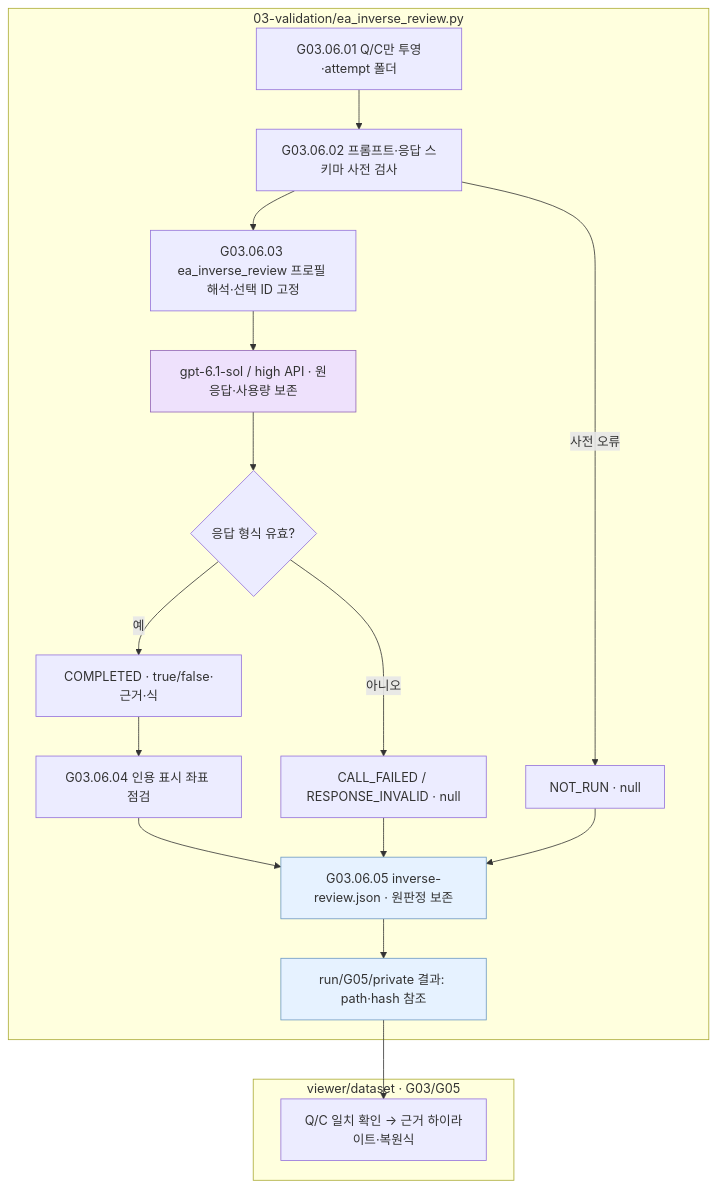
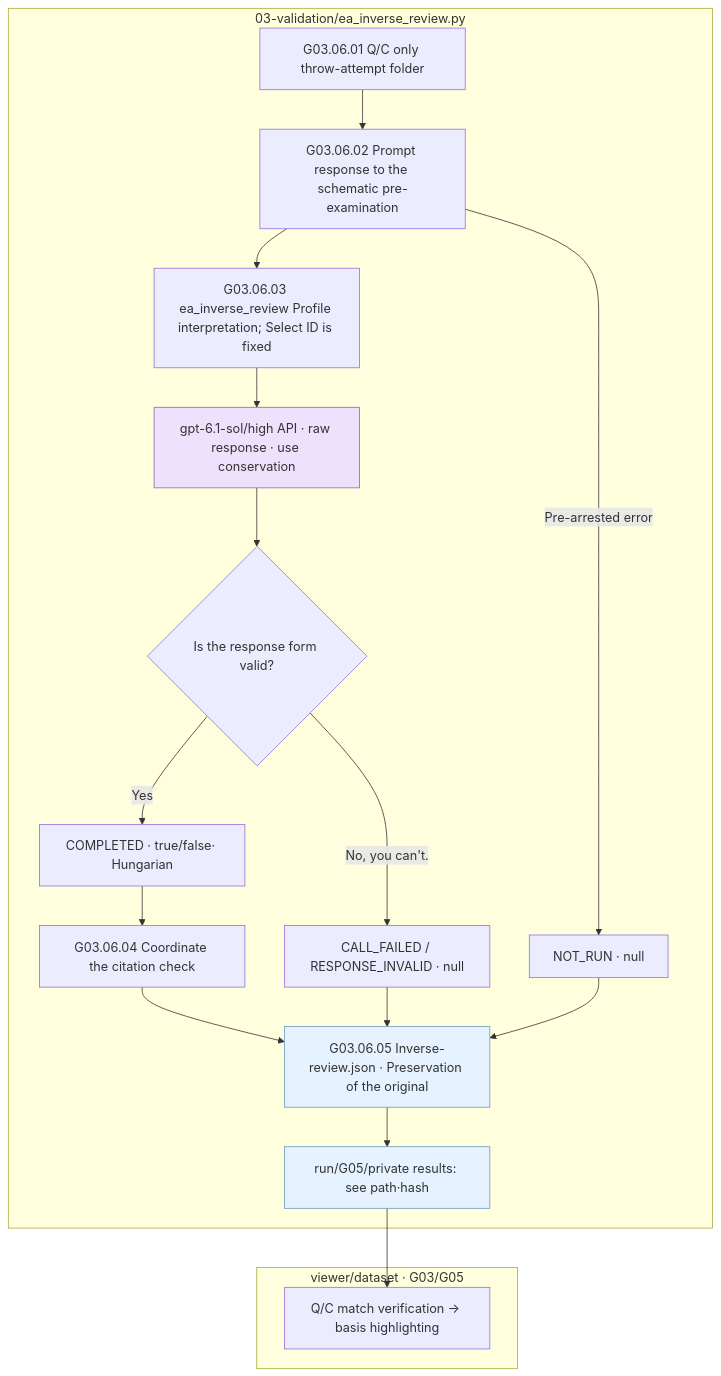
Before and after one commit to pnu-clink/finject: the second of 5 diagrams in src/finarch/documentation/templates/stages/01-dataset/02-generation/03-validation/README.md, drawn with Mermaid. The commit also changed other lines of this file and 644 other files, not shown here.

````diff
--- a/src/finarch/documentation/templates/stages/01-dataset/02-generation/03-validation/README.md
+++ b/src/finarch/documentation/templates/stages/01-dataset/02-generation/03-validation/README.md
@@ -54,21 +54,21 @@
 ```mermaid
 flowchart TD
  subgraph E["03-validation/ea_inverse_review.py"]
-  A["G03.06.01 Q/C만 투영·attempt 폴더"] --> B["G03.06.02 프롬프트·응답 스키마 사전 검사"]
-  B --> P["G03.06.03 ea_inverse_review 프로필 해석·선택 ID 고정"]
-  P --> C["gpt-6.1-sol / high API · 원응답·사용량 보존"]
-  C --> D{"응답 형식 유효?"}
-  D -->|예| F["COMPLETED · true/false·근거·식"] --> H["G03.06.04 인용 표시 좌표 점검"]
-  D -->|아니오| N["CALL_FAILED / RESPONSE_INVALID · null"]
-  B -->|사전 오류| M["NOT_RUN · null"]
-  H & N & M --> S["G03.06.05 inverse-review.json · 원판정 보존"]
-  S --> R["run/G05/private 결과: path·hash 참조"]
+  A["G03.06.01 Q/C only throw-attempt folder"] --> B["G03.06.02 Prompt response to the schematic pre-examination"]
+  B --> P["G03.06.03 ea_inverse_review Profile interpretation; Select ID is fixed"]
+  P --> C["gpt-6.1-sol/high API · raw response · use conservation"]
+  C --> D{"Is the response form valid?"}
+  D -->|Yes| F["COMPLETED · true/false· Hungarian"] --> H["G03.06.04 Coordinate the citation check"]
+  D -->|No, you can't.| N["CALL_FAILED / RESPONSE_INVALID · null"]
+  B -->|Pre-arrested error| M["NOT_RUN · null"]
+  H & N & M --> S["G03.06.05 Inverse-review.json · Preservation of the original"]
+  S --> R["run/G05/private results: see path·hash"]
  end
  subgraph V["viewer/dataset · G03/G05"]
-  R --> Q["Q/C 일치 확인 → 근거 하이라이트·복원식"]
+  R --> Q["Q/C match verification → basis highlighting"]
  end
  classDef llm fill:#eee1fc,stroke:#9163b5
  classDef file fill:#e6f2ff,stroke:#6a97c2
  class C llm
  class S,R file
 ```
````
